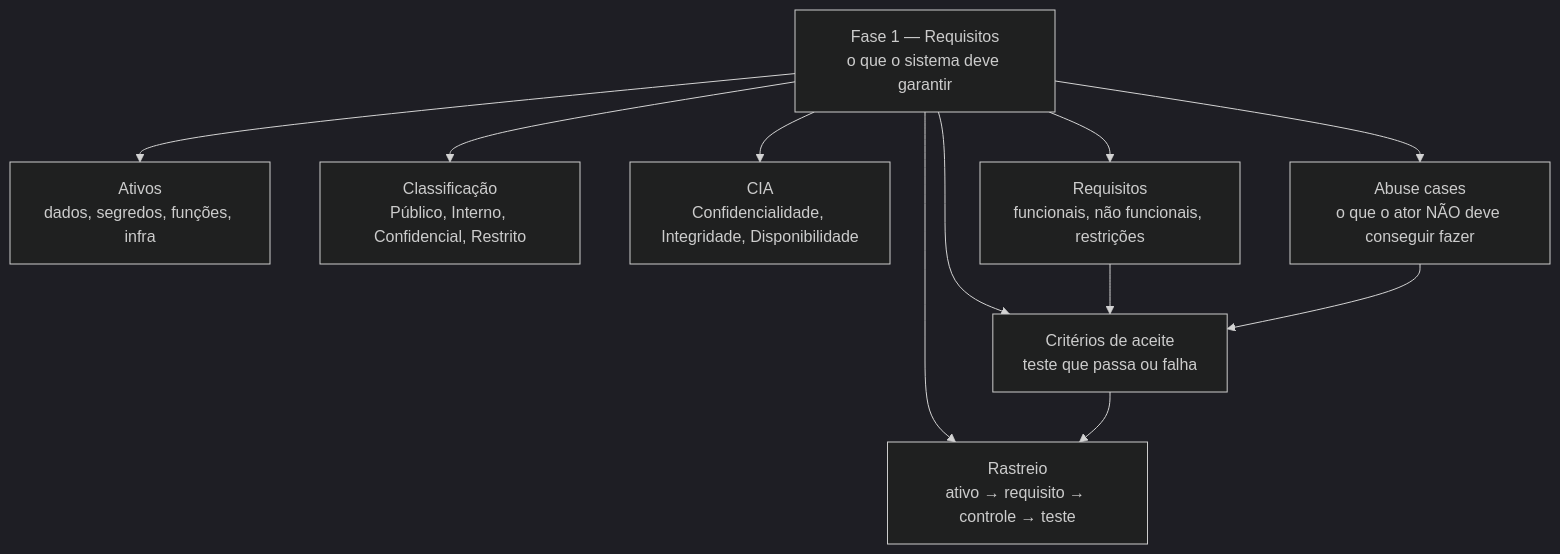
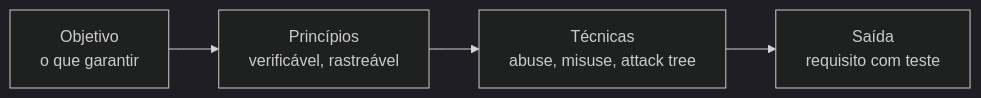
One commit to CosmIA-Lab/LAB-SDLC-IA-SEC changed the second of 3 diagrams in 01-ciclo-de-vida-seguro/README.md. Above: the diagram before and after it, drawn with Mermaid (dark theme). The commit also changed other lines of this file, not shown here.

Commit message:
docs(fase 1): separa objetivo, princípios e técnicas da literatura

````diff
--- a/01-ciclo-de-vida-seguro/README.md
+++ b/01-ciclo-de-vida-seguro/README.md
@@ -45,14 +33,6 @@
 ```mermaid
-flowchart TB
-    F1["Fase 1 — Requisitos<br/>o que o sistema deve garantir"]
-    F1 --> A["Ativos<br/>dados, segredos, funções, infra"]
-    F1 --> CL["Classificação<br/>Público, Interno, Confidencial, Restrito"]
-    F1 --> CIA["CIA<br/>Confidencialidade, Integridade, Disponibilidade"]
-    F1 --> R["Requisitos<br/>funcionais, não funcionais, restrições"]
-    F1 --> AC["Abuse cases<br/>o que o ator NÃO deve conseguir fazer"]
-    F1 --> CA["Critérios de aceite<br/>teste que passa ou falha"]
-    F1 --> RT["Rastreio<br/>ativo → requisito → controle → teste"]
-    R --> CA
-    AC --> CA
-    CA --> RT
+flowchart LR
+    O["Objetivo<br/>o que garantir"] --> P["Princípios<br/>verificável, rastreável"]
+    P --> T["Técnicas<br/>abuse, misuse, attack tree"]
+    T --> S["Saída<br/>requisito com teste"]
 ```
````
